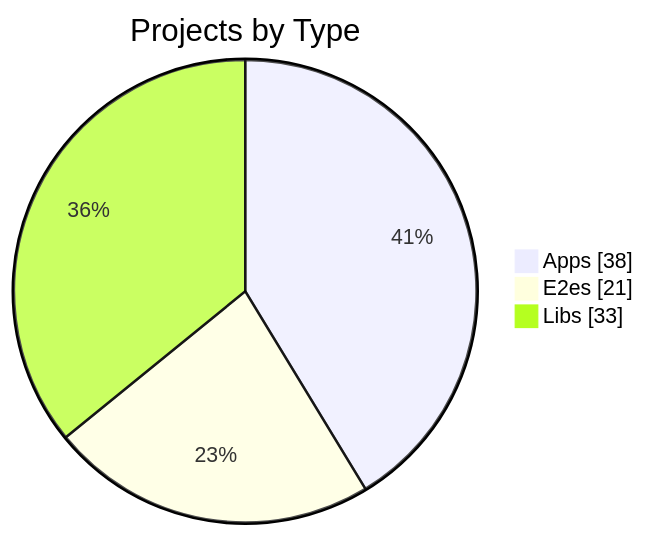
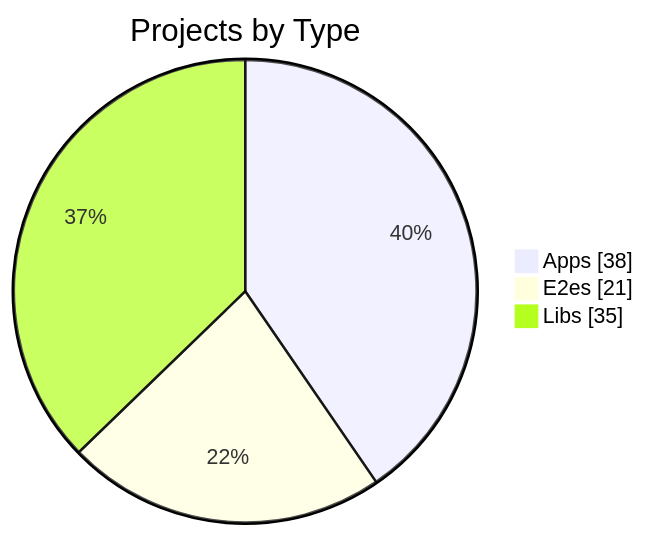
The first of 3 diagrams in apps/kbve/astro-kbve/src/content/docs/dashboard/graph.mdx (KBVE/kbve), drawn with Mermaid before and after one commit. The commit also changed other lines of this file and 8 other files, not shown here.

````diff
--- a/apps/kbve/astro-kbve/src/content/docs/dashboard/graph.mdx
+++ b/apps/kbve/astro-kbve/src/content/docs/dashboard/graph.mdx
@@ -56,7 +56,7 @@
 ```mermaid
 pie showData
     title Projects by Type
     "Apps" : 38
     "E2es" : 21
-    "Libs" : 33
+    "Libs" : 35
 ```
````
